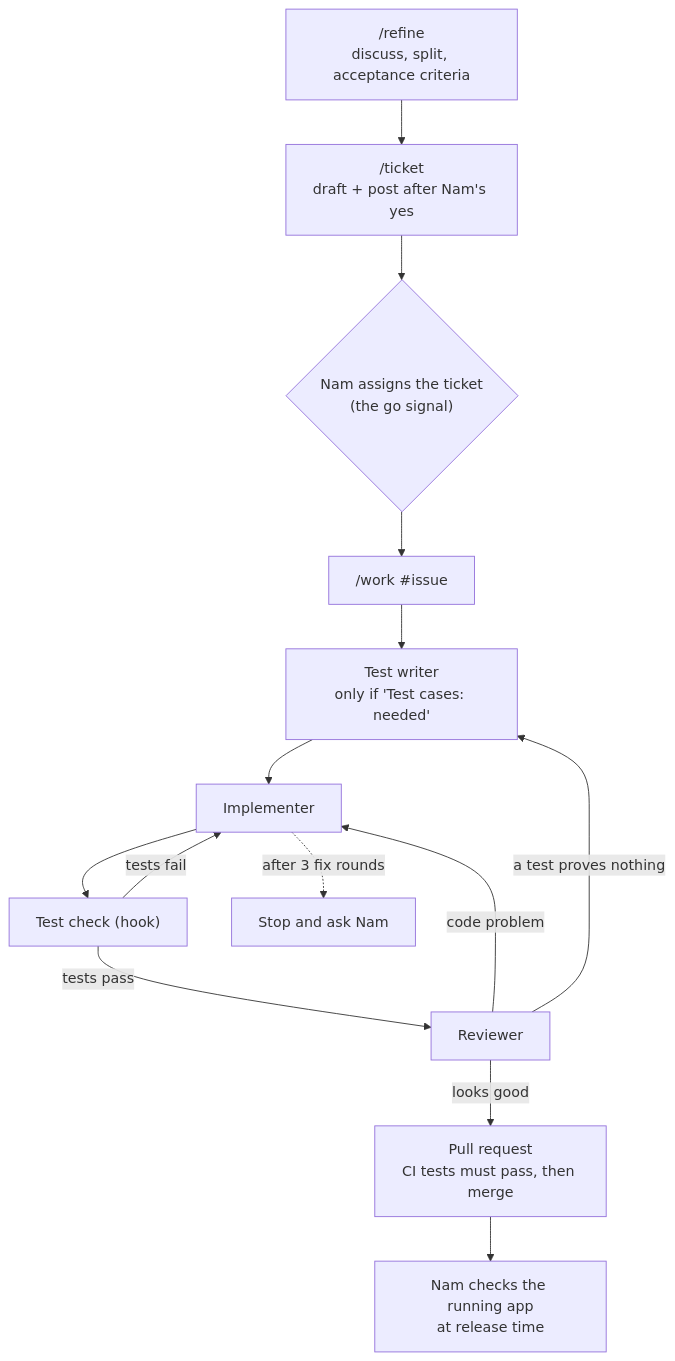
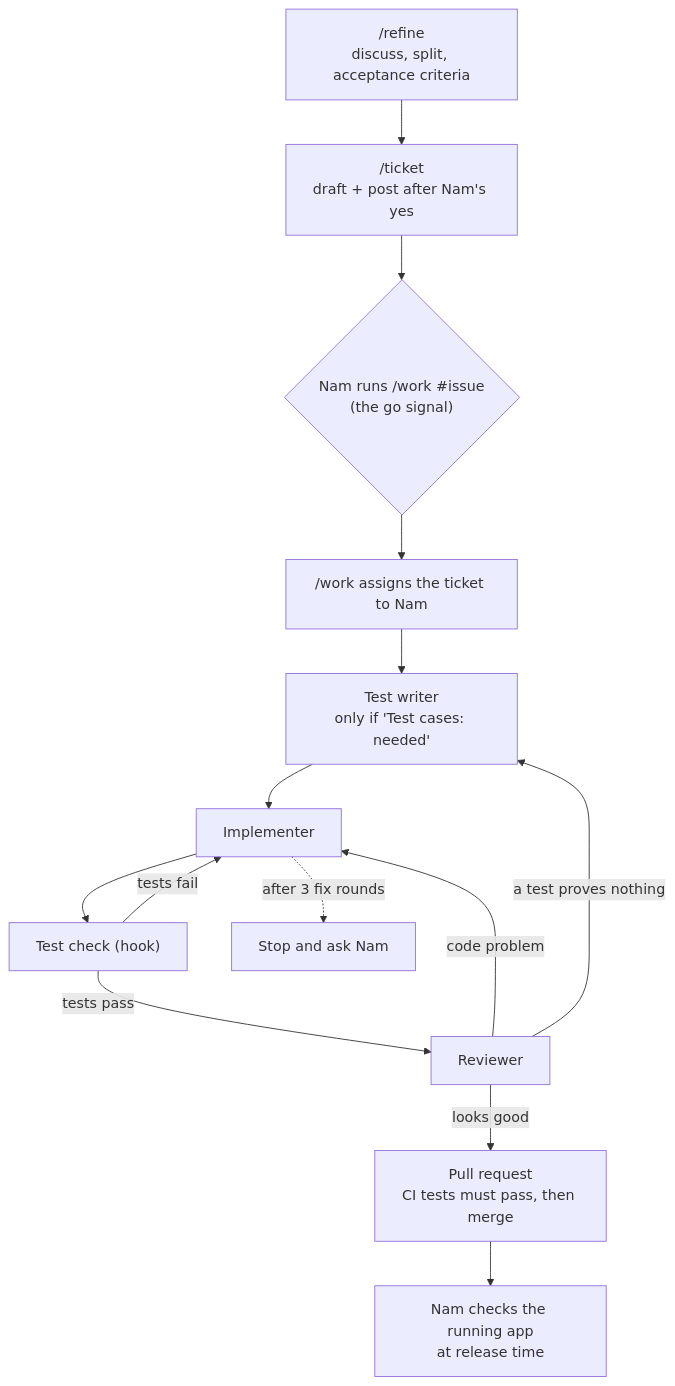
The diagram in docs/WORKFLOW.md (nampham2101/lotteryScanV2), drawn with Mermaid before and after one commit. The commit also changed other lines of this file and 3 other files, not shown here.

Commit message:
feat(skills): make /work assign the ticket and act as the go signal

````diff
--- a/docs/WORKFLOW.md
+++ b/docs/WORKFLOW.md
@@ -9,16 +9,16 @@
 ```mermaid
 flowchart TD
   A["/refine<br/>discuss, split, acceptance criteria"] --> B["/ticket<br/>draft + post after Nam's yes"]
-  B --> C{"Nam assigns the ticket<br/>(the go signal)"}
-  C --> D["/work #issue"]
+  B --> C{"Nam runs /work #issue<br/>(the go signal)"}
+  C --> D["/work assigns the ticket to Nam"]
   D --> E["Test writer<br/>only if 'Test cases: needed'"]
   E --> F["Implementer"]
   F --> G["Test check (hook)"]
   G -- "tests fail" --> F
   G -- "tests pass" --> H["Reviewer"]
   H -- "code problem" --> F
   H -- "a test proves nothing" --> E
   H -- "looks good" --> I["Pull request<br/>CI tests must pass, then merge"]
   I --> J["Nam checks the running app<br/>at release time"]
   F -. "after 3 fix rounds" .-> K["Stop and ask Nam"]
 ```
````
